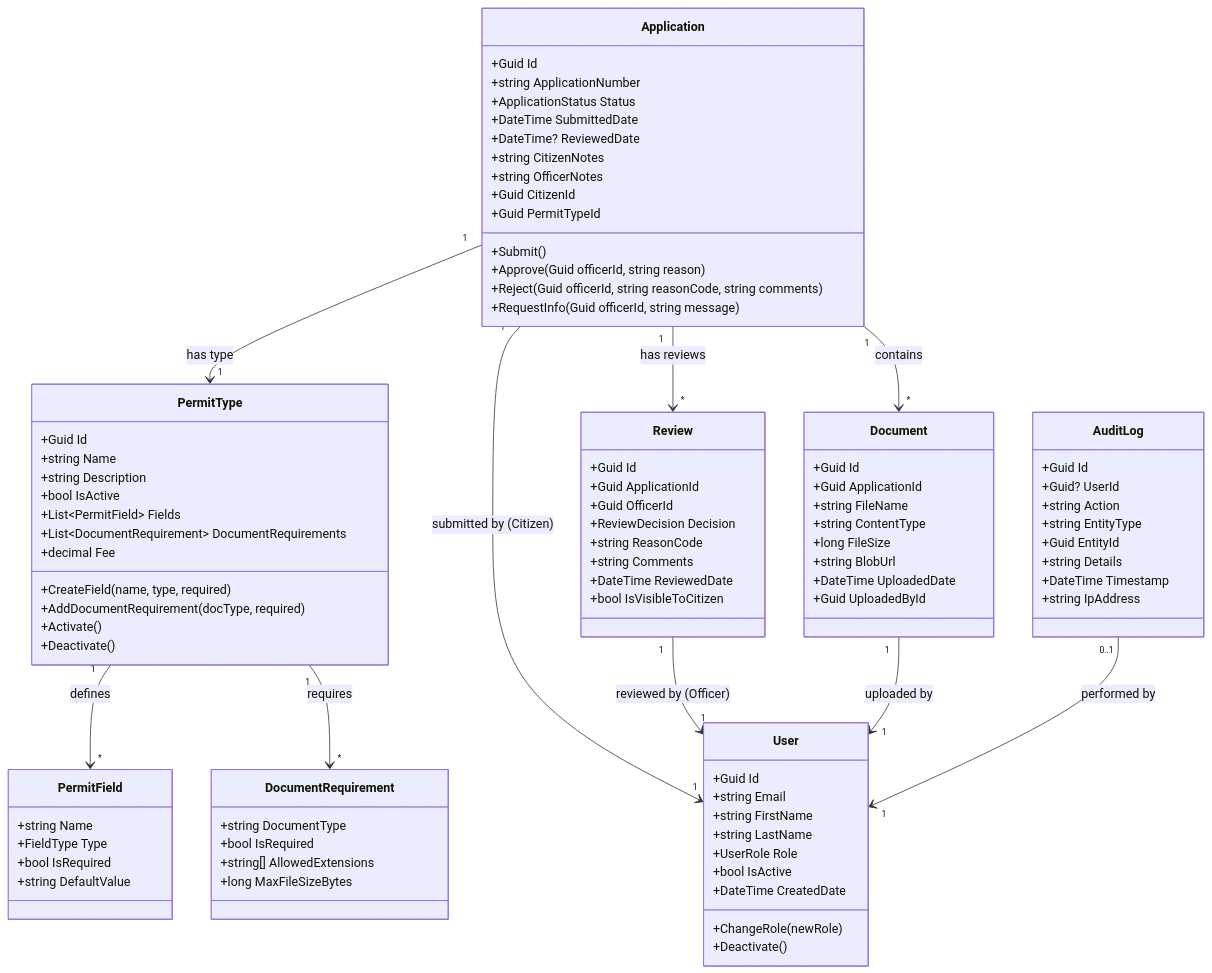
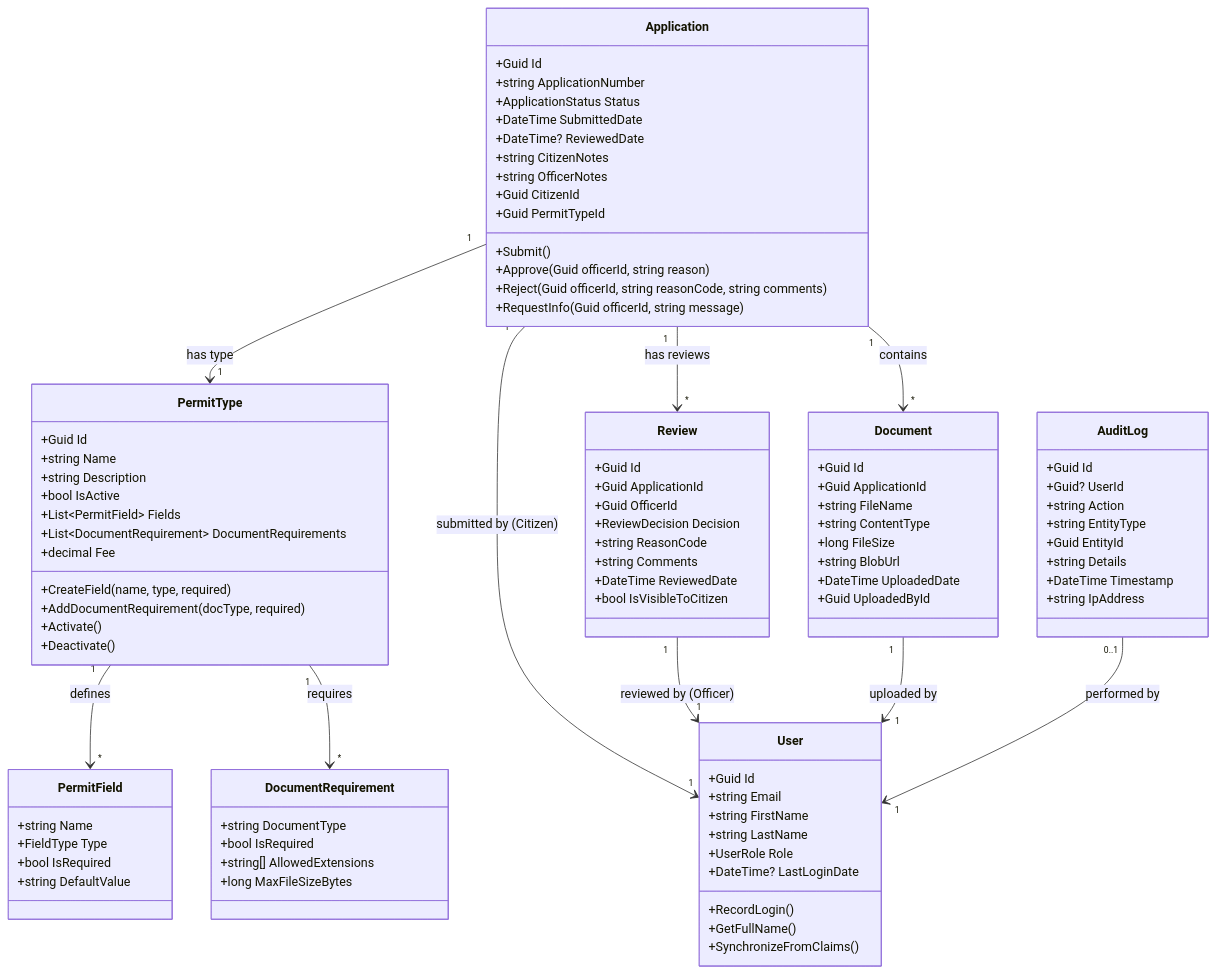
The diagram in docs/design/03-domain-model.md (dvdbunde/atlas), drawn with Mermaid before and after one commit. The commit also changed 47 other files, not shown here.

```diff
--- a/docs/design/03-domain-model.md
+++ b/docs/design/03-domain-model.md
@@ -55,10 +55,10 @@
         +string FirstName
         +string LastName
         +UserRole Role
-        +bool IsActive
-        +DateTime CreatedDate
-        +ChangeRole(newRole)
-        +Deactivate()
+        +DateTime? LastLoginDate
+        +RecordLogin()
+        +GetFullName()
+        +SynchronizeFromClaims()
     }
 
     class Document {
```
